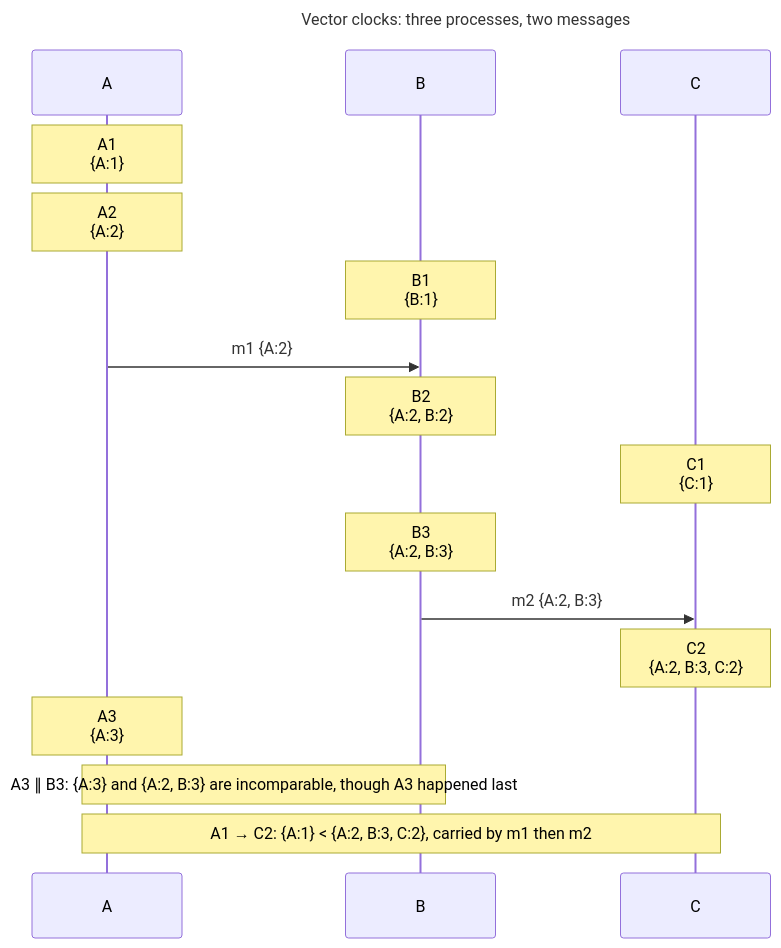
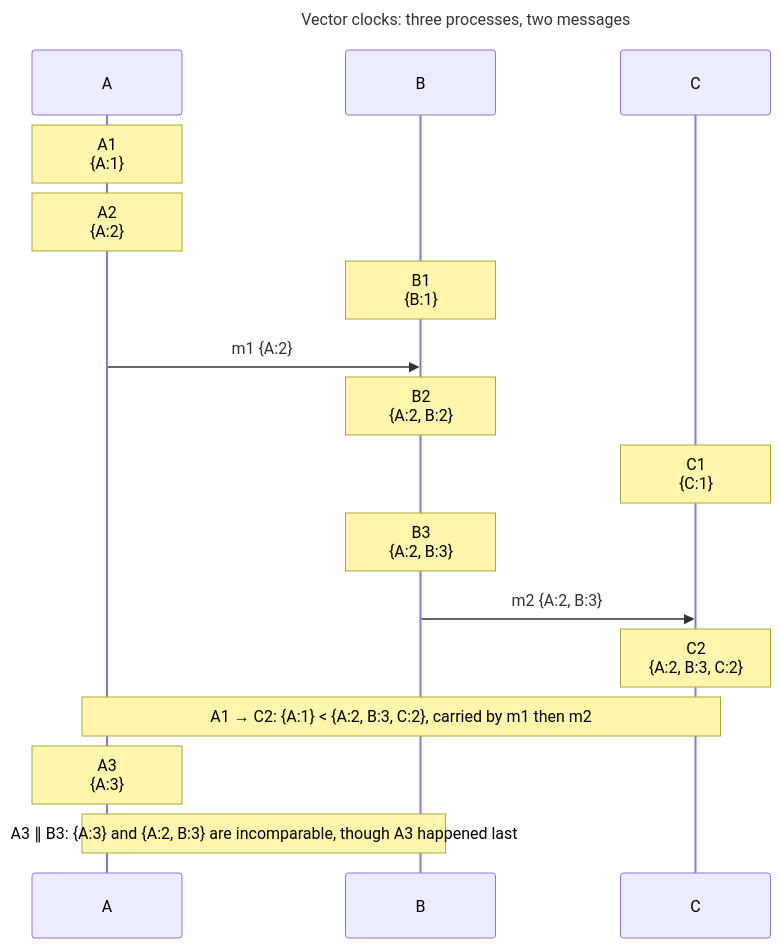
Before and after one commit to sploiselle/rust-algs: the diagram in figures/vector-clock-trace.mmd, drawn with Mermaid. The commit also changed 17 other files, not shown here.

```diff
--- a/figures/vector-clock-trace.mmd
+++ b/figures/vector-clock-trace.mmd
@@ -1,19 +1,19 @@
 ---
 title: "Vector clocks: three processes, two messages"
 ---
 sequenceDiagram
-    participant A as A
-    participant B as B
-    participant C as C
-    Note over A: A1<br/>{A:1}
-    Note over A: A2<br/>{A:2}
-    Note over B: B1<br/>{B:1}
-    A->>B: m1 {A:2}
-    Note over B: B2<br/>{A:2, B:2}
-    Note over C: C1<br/>{C:1}
-    Note over B: B3<br/>{A:2, B:3}
-    B->>C: m2 {A:2, B:3}
-    Note over C: C2<br/>{A:2, B:3, C:2}
-    Note over A: A3<br/>{A:3}
-    Note over A,B: A3 ∥ B3: {A:3} and {A:2, B:3} are incomparable, though A3 happened last
-    Note over A,C: A1 → C2: {A:1} #60; {A:2, B:3, C:2}, carried by m1 then m2
+    participant L0 as A
+    participant L1 as B
+    participant L2 as C
+    Note over L0: A1<br/>{A:1}
+    Note over L0: A2<br/>{A:2}
+    Note over L1: B1<br/>{B:1}
+    L0->>L1: m1 {A:2}
+    Note over L1: B2<br/>{A:2, B:2}
+    Note over L2: C1<br/>{C:1}
+    Note over L1: B3<br/>{A:2, B:3}
+    L1->>L2: m2 {A:2, B:3}
+    Note over L2: C2<br/>{A:2, B:3, C:2}
+    Note over L0,L2: A1 → C2: {A:1} #60; {A:2, B:3, C:2}, carried by m1 then m2
+    Note over L0: A3<br/>{A:3}
+    Note over L0,L1: A3 ∥ B3: {A:3} and {A:2, B:3} are incomparable, though A3 happened last
```
